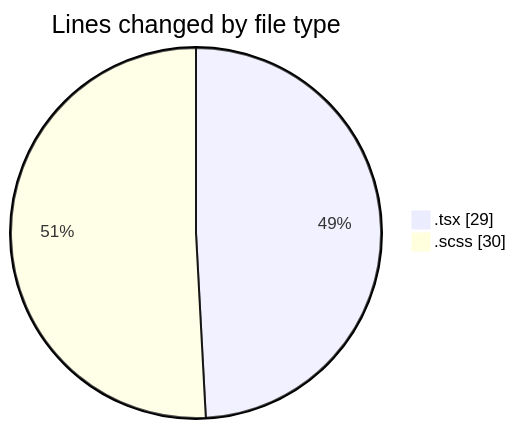
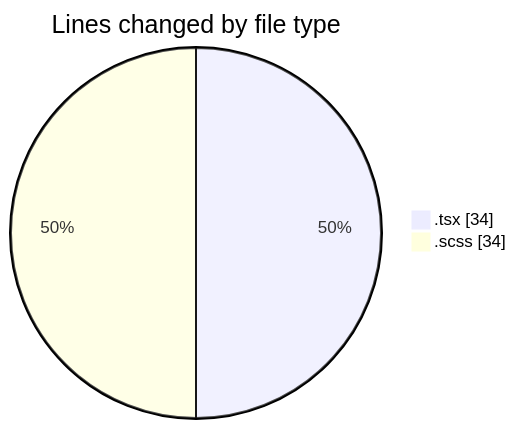
The first of 2 diagrams in 2026-07-21/cda/README.md (momahboobian/code-tracking), drawn with Mermaid before and after one commit. The commit also changed other lines of this file and 1 other file, not shown here.

````diff
--- a/2026-07-21/cda/README.md
+++ b/2026-07-21/cda/README.md
@@ -23,6 +23,6 @@
 ```mermaid
 pie showData
 title Lines changed by file type
-".tsx" : 29
-".scss" : 30
+".tsx" : 34
+".scss" : 34
 ```
````
